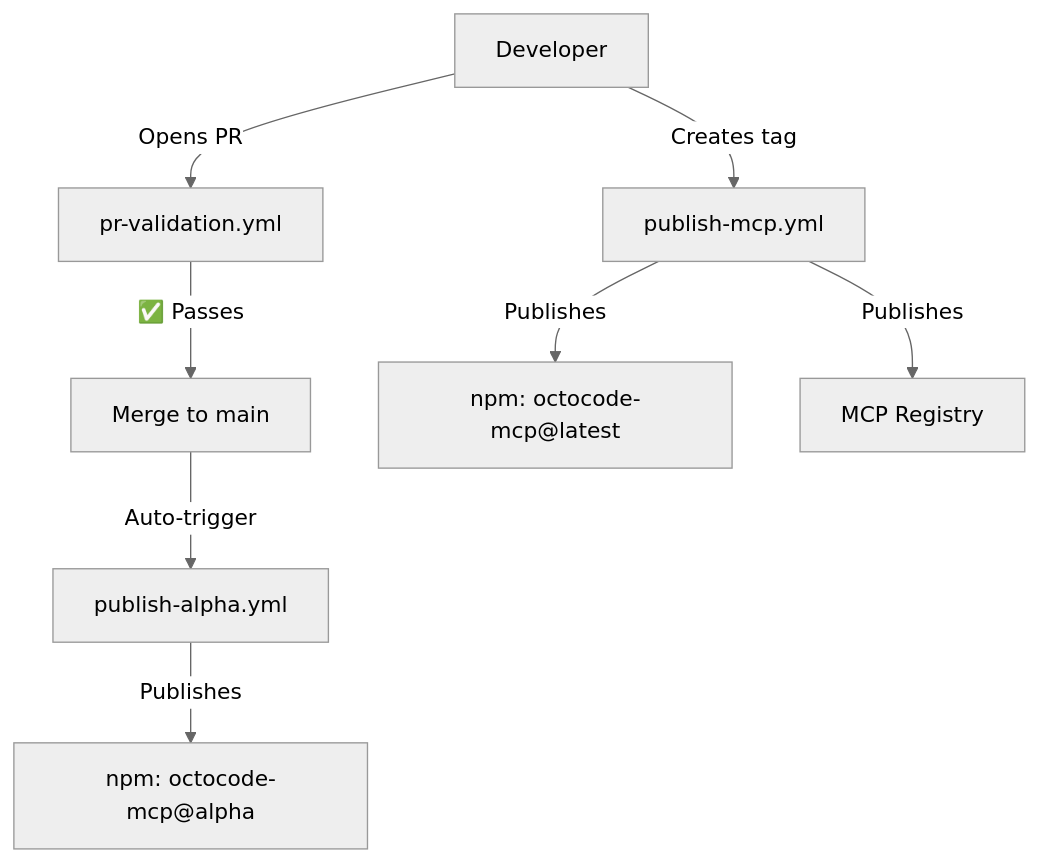
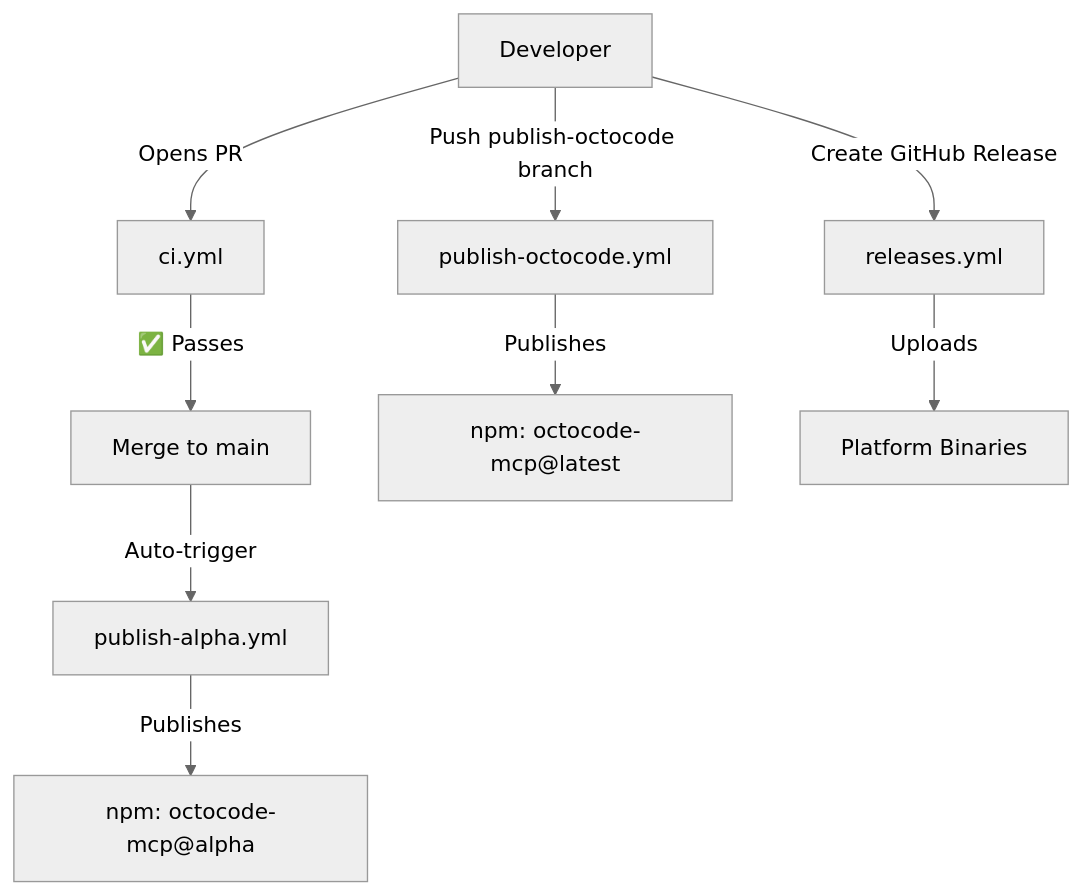
Before and after one commit to bgauryy/octocode-mcp: the diagram in .github/workflows/README.md, drawn with Mermaid (neutral theme). The commit also changed other lines of this file and 35 other files, not shown here.

````diff
--- a/.github/workflows/README.md
+++ b/.github/workflows/README.md
@@ -175,11 +191,13 @@
 ```mermaid
 graph TD
-    A[Developer] -->|Opens PR| B[pr-validation.yml]
+    A[Developer] -->|Opens PR| B[ci.yml]
     B -->|✅ Passes| C[Merge to main]
     C -->|Auto-trigger| D[publish-alpha.yml]
     D -->|Publishes| E[npm: octocode-mcp@alpha]
     
-    A -->|Creates tag| F[publish-mcp.yml]
+    A -->|Push publish-octocode branch| F[publish-octocode.yml]
     F -->|Publishes| G[npm: octocode-mcp@latest]
-    F -->|Publishes| H[MCP Registry]
+    
+    A -->|Create GitHub Release| H[releases.yml]
+    H -->|Uploads| I[Platform Binaries]
 ```
````
